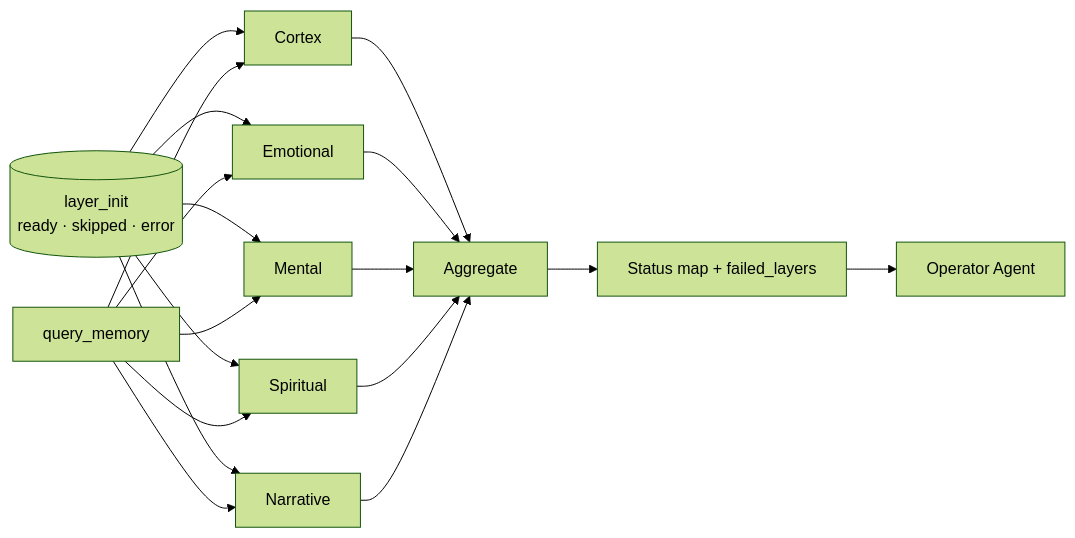
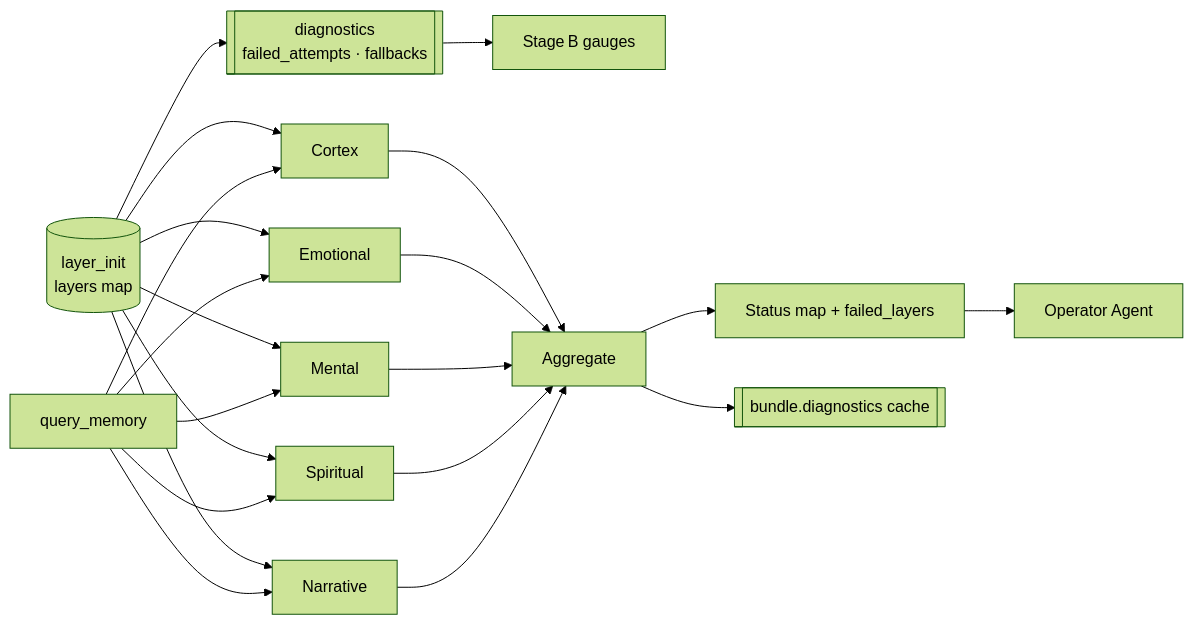
The diagram in docs/figures/layer_init_query_flow.mmd (DINGIRABZU/ABZU), drawn with Mermaid (forest theme) before and after one commit. The commit also changed 5 other files, not shown here.

Commit message:
Document memory bundle diagnostics telemetry

```diff
--- a/docs/figures/layer_init_query_flow.mmd
+++ b/docs/figures/layer_init_query_flow.mmd
@@ -1,21 +1,27 @@
+%% layer_init and query flow diagram
+%% Version: v1.1.0
+%% Last updated: 2025-10-09
 flowchart LR
-    layer_init[(layer_init<br/>ready · skipped · error)] --> Cortex
+    layer_init[(layer_init<br/>layers map)] --> Cortex
     layer_init --> Emotional
     layer_init --> Mental
     layer_init --> Spiritual
     layer_init --> Narrative
+    layer_init --> Diagnostics[[diagnostics<br/>failed_attempts · fallbacks]]
+    Diagnostics --> StageB[Stage B gauges]
 
     Query[query_memory] --> Cortex
     Query --> Emotional
     Query --> Mental
     Query --> Spiritual
     Query --> Narrative
 
     Cortex --> Aggregate
     Emotional --> Aggregate
     Mental --> Aggregate
     Spiritual --> Aggregate
     Narrative --> Aggregate
 
     Aggregate --> StatusMap[Status map + failed_layers]
+    Aggregate --> QueryDiagnostics[[bundle.diagnostics cache]]
     StatusMap --> OperatorAgent[Operator Agent]
```
